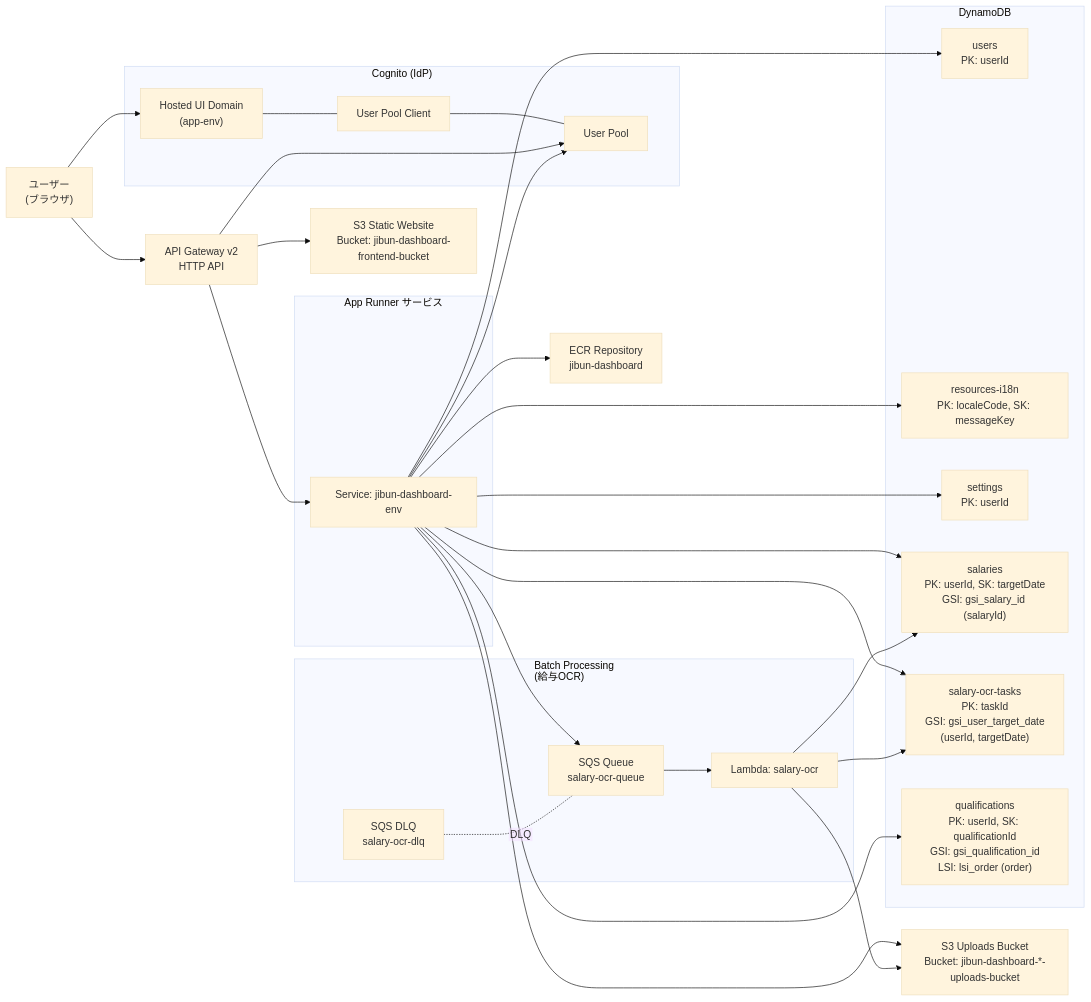
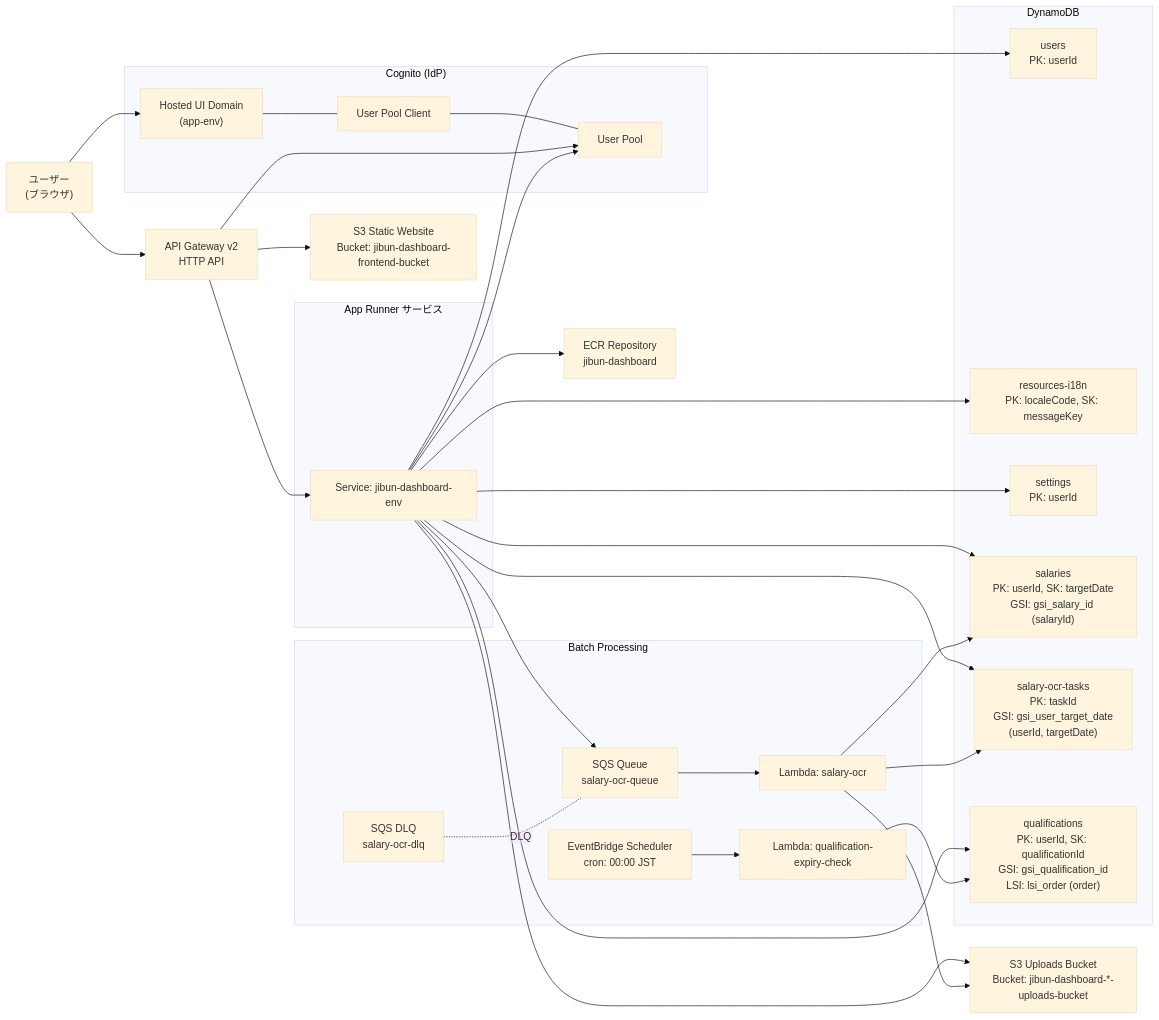
Before and after one commit to mori-akira/jibun-dashboard: the first of 3 diagrams in doc/04.infra/diagram.md, drawn with Mermaid (base theme).

````diff
--- a/doc/04.infra/diagram.md
+++ b/doc/04.infra/diagram.md
@@ -3,69 +3,75 @@
 ```mermaid
 %%{init: {'flowchart': {'htmlLabels': false}} }%%
 flowchart LR
 
   U["ユーザー<br>(ブラウザ)"]
 
   AGW["API Gateway v2<br>HTTP API"]
 
   S3_FRONT["S3 Static Website<br>Bucket: jibun-dashboard-frontend-bucket"]
   S3_UP["S3 Uploads Bucket<br>Bucket: jibun-dashboard-*-uploads-bucket"]
 
   subgraph COG["Cognito (IdP)"]
     CPool["User Pool"]
     CClient["User Pool Client"]
     CDomain["Hosted UI Domain<br>(app-env)"]
   end
 
   subgraph AR["App Runner サービス"]
     ARS["Service: jibun-dashboard-env"]
   end
 
   ECR["ECR Repository<br>jibun-dashboard"]
 
   subgraph DDB["DynamoDB"]
     DUsers["users<br>PK: userId"]
     DR18n["resources-i18n<br>PK: localeCode, SK: messageKey"]
     DSettings["settings<br>PK: userId"]
     DSalaries["salaries<br>PK: userId, SK: targetDate<br>GSI: gsi_salary_id (salaryId)"]
     DOcrTasks["salary-ocr-tasks<br>PK: taskId<br>GSI: gsi_user_target_date<br>(userId, targetDate)"]
-    DQuals["qualifications<br>PK: userId, SK: qualificationId<br>GSI: gsi_qualification_id<br>LSI: lsi_order (order)"]
+    DQual["qualifications<br>PK: userId, SK: qualificationId<br>GSI: gsi_qualification_id<br>LSI: lsi_order (order)"]
   end
 
-  subgraph BATCH["Batch Processing<br>(給与OCR)"]
+  subgraph BATCH["Batch Processing"]
     Q_DLQ["SQS DLQ<br>salary-ocr-dlq"]
     Q_MAIN["SQS Queue<br>salary-ocr-queue"]
     L_SAL["Lambda: salary-ocr"]
+    SCH_EXP["EventBridge Scheduler<br>cron: 00:00 JST"]
+    L_EXP["Lambda: qualification-expiry-check"]
   end
 
   %% ルーティング（リンクラベル無し）
   U --> AGW
   AGW --> S3_FRONT
   AGW --> ARS
 
   %% 認証フロー（概略）
   U --> CDomain
   CDomain --- CClient
   CClient --- CPool
   AGW --> CPool
 
   %% バックエンド依存
   ARS --> ECR
   ARS --> CPool
   ARS --> DUsers
   ARS --> DR18n
   ARS --> DSettings
   ARS --> DSalaries
-  ARS --> DQuals
+  ARS --> DQual
   ARS --> DOcrTasks
   ARS --> S3_UP
 
   %% 給与OCRバッチフロー
   ARS --> Q_MAIN
   Q_MAIN --> L_SAL
   Q_DLQ -. DLQ .- Q_MAIN
 
   L_SAL --> S3_UP
   L_SAL --> DSalaries
   L_SAL --> DOcrTasks
+
+  %% 資格期限確認バッチフロー
+  SCH_EXP --> L_EXP
+  L_EXP --> DQual
 ```
````
